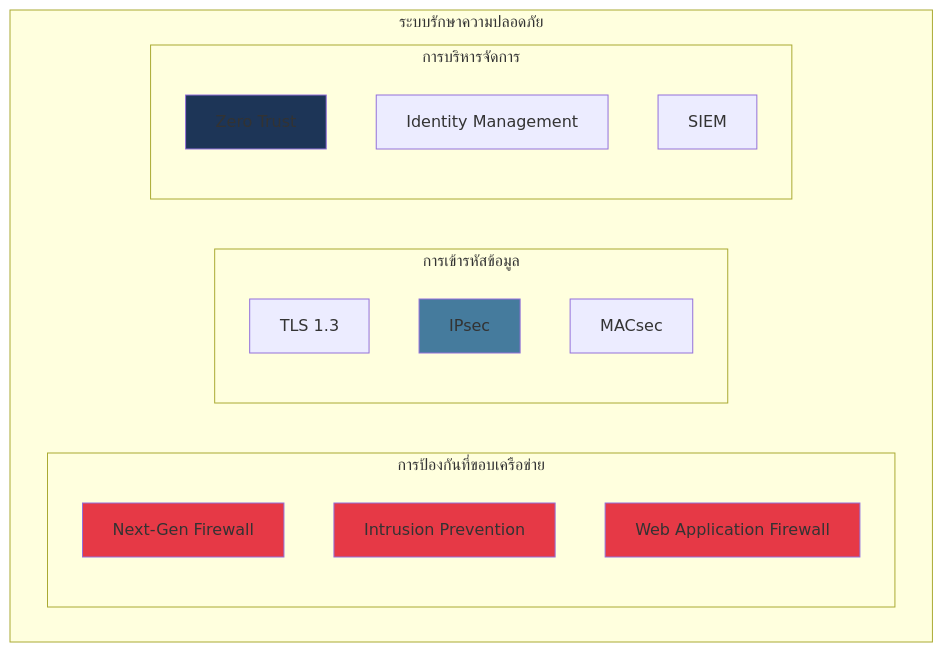
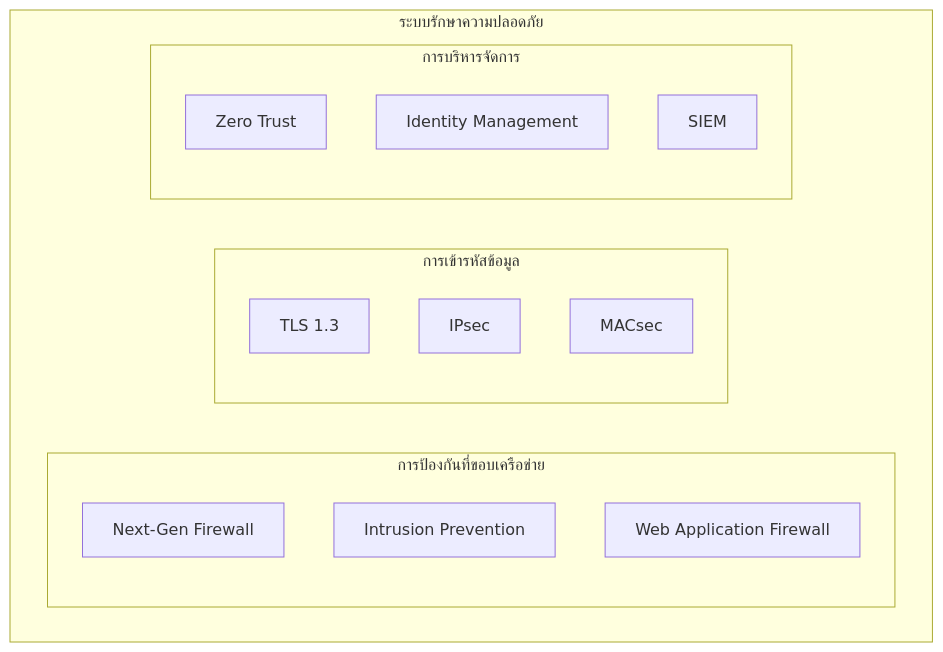
One commit to TaiChi112/Documents changed diagram 18 of 19 in Computer_Network/problems/SOLUTION4.md. Above: the diagram before and after it, drawn with Mermaid.

````diff
--- a/Computer_Network/problems/SOLUTION4.md
+++ b/Computer_Network/problems/SOLUTION4.md
@@ -691,28 +691,22 @@
 ```mermaid
 graph TB
     subgraph "ระบบรักษาความปลอดภัย"
         subgraph "การป้องกันที่ขอบเครือข่าย"
             FW[Next-Gen Firewall]
             IPS[Intrusion Prevention]
             WAF[Web Application Firewall]
         end
         
         subgraph "การเข้ารหัสข้อมูล"
             E1[TLS 1.3]
             E2[IPsec]
             E3[MACsec]
         end
         
         subgraph "การบริหารจัดการ"
             M1[Zero Trust]
             M2[Identity Management]
             M3[SIEM]
         end
     end
-    
-    style FW fill:#e63946
-    style IPS fill:#e63946
-    style WAF fill:#e63946
-    style E2 fill:#457b9d
-    style M1 fill:#1d3557
 ```
````
